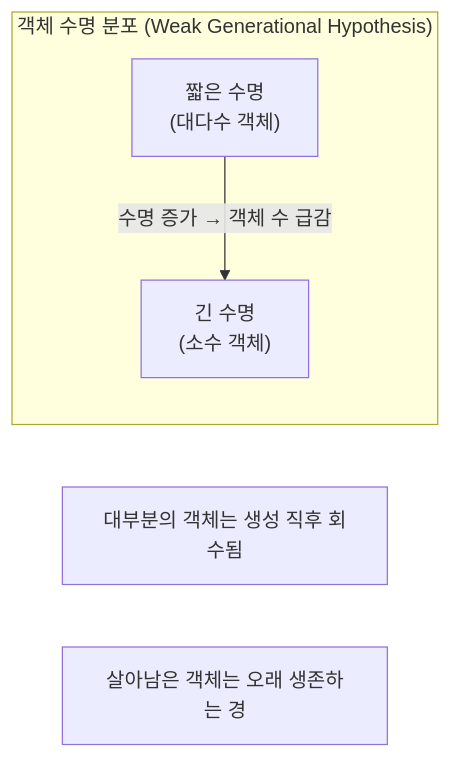
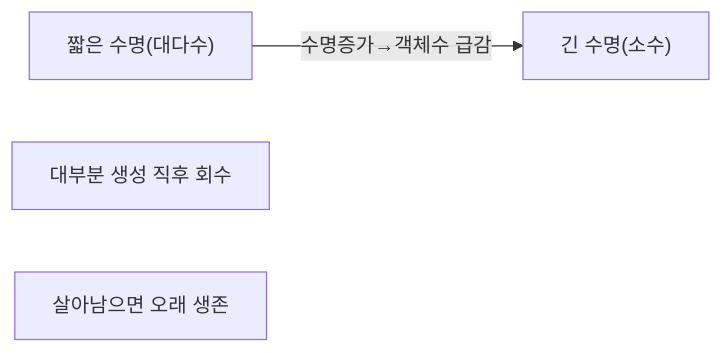
One commit to yjkim2015/yjkim2015.github.io changed the seventh of 29 diagrams in _posts/java/2026-05-01-java-garbage-collector.md. Above: the diagram before and after it, drawn with Mermaid. The commit also changed other lines of this file and 155 other files, not shown here.

First line of the commit message:
Mermaid 전면 수정: subgraph 제거, participant/노드/줄수 축소 (342블록)

````diff
--- a/_posts/java/2026-05-01-java-garbage-collector.md
+++ b/_posts/java/2026-05-01-java-garbage-collector.md
@@ -143,8 +134,6 @@
 ```mermaid
 graph LR
-    subgraph "객체 수명 분포 (Weak Generational Hypothesis)"
-        S["짧은 수명<br>(대다수 객체)"] -->|"수명 증가 → 객체 수 급감"| L["긴 수명<br>(소수 객체)"]
-    end
-    N1["대부분의 객체는 생성 직후 회수됨"]
-    N2["살아남은 객체는 오래 생존하는 경"]
+    S["짧은 수명(대다수)"] -->|"수명증가→객체수 급감"| L["긴 수명(소수)"]
+    N1["대부분 생성 직후 회수"]
+    N2["살아남으면 오래 생존"]
 ```
````
